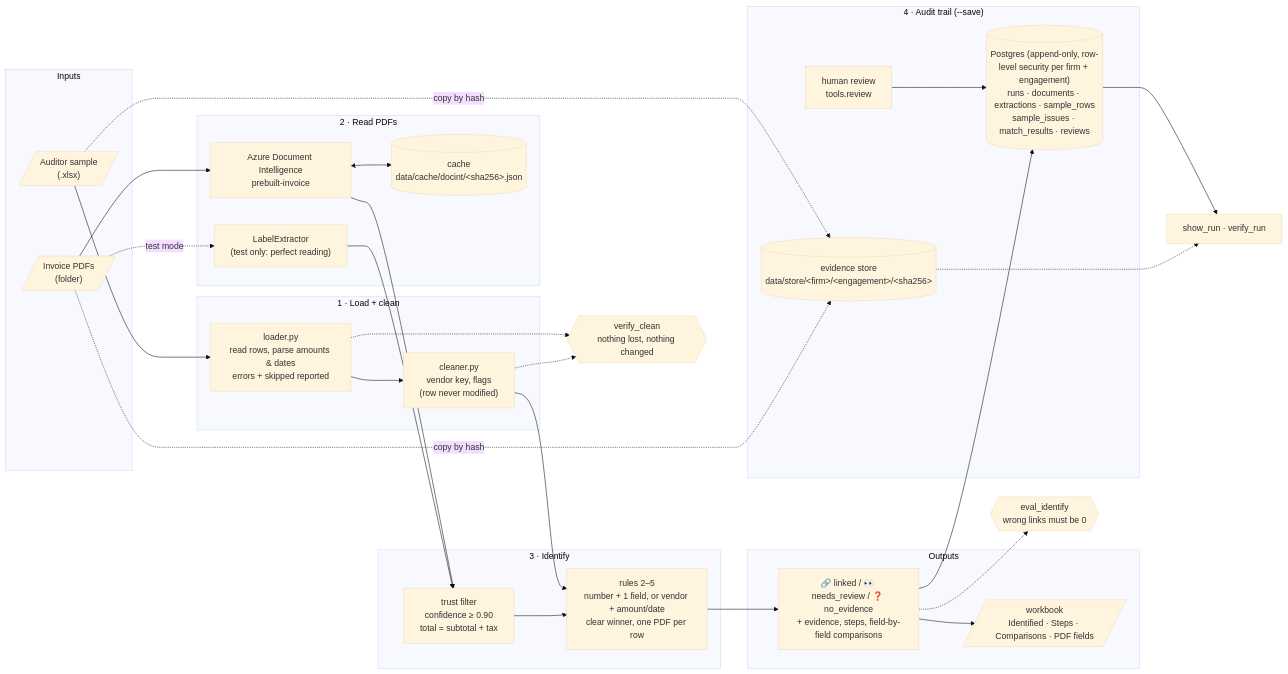
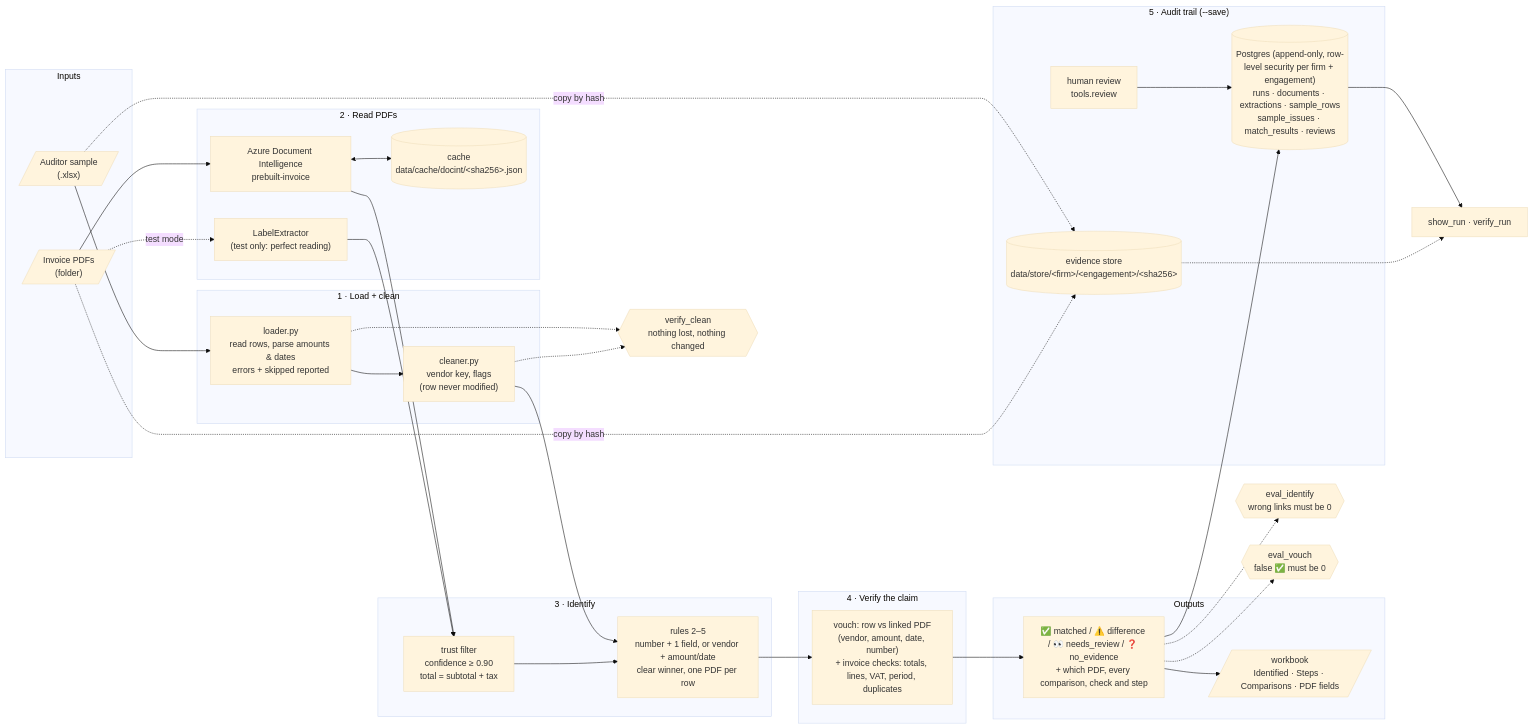
The diagram in tickmark/docs/PROGRESS.md (musishere/Warden-tickmark), drawn with Mermaid (base theme) before and after one commit. The commit also changed other lines of this file and 28 other files, not shown here.

First line of the commit message:
feat: add verdicts table and vouch functionality for invoice verification

````diff
--- a/tickmark/docs/PROGRESS.md
+++ b/tickmark/docs/PROGRESS.md
@@ -8,53 +8,59 @@
 ```mermaid
 flowchart LR
     subgraph IN["Inputs"]
         X[/"Auditor sample<br/>(.xlsx)"/]
         P[/"Invoice PDFs<br/>(folder)"/]
     end
 
     subgraph S1["1 · Load + clean"]
         L["loader.py<br/>read rows, parse amounts & dates<br/>errors + skipped reported"]
         C["cleaner.py<br/>vendor key, flags<br/>(row never modified)"]
     end
 
     subgraph S2["2 · Read PDFs"]
         A["Azure Document Intelligence<br/>prebuilt-invoice"]
         K[("cache<br/>data/cache/docint/&lt;sha256&gt;.json")]
         F["LabelExtractor<br/>(test only: perfect reading)"]
     end
 
     subgraph S3["3 · Identify"]
         T["trust filter<br/>confidence ≥ 0.90<br/>total = subtotal + tax"]
         M["rules 2–5<br/>number + 1 field, or vendor + amount/date<br/>clear winner, one PDF per row"]
     end
 
+    subgraph S5["4 · Verify the claim"]
+        Q["vouch: row vs linked PDF<br/>(vendor, amount, date, number)<br/>+ invoice checks: totals, lines, VAT, period, duplicates"]
+    end
+
     subgraph OUT["Outputs"]
-        R["🔗 linked / 👀 needs_review / ❓ no_evidence<br/>+ evidence, steps, field-by-field comparisons"]
+        R["✅ matched / ⚠️ difference / 👀 needs_review / ❓ no_evidence<br/>+ which PDF, every comparison, check and step"]
         W[/"workbook<br/>Identified · Steps · Comparisons · PDF fields"/]
     end
 
-    subgraph S4["4 · Audit trail (--save)"]
+    subgraph S4["5 · Audit trail (--save)"]
         DB[("Postgres (append-only, row-level security per firm + engagement)<br/>runs · documents · extractions · sample_rows<br/>sample_issues · match_results · reviews")]
         ES[("evidence store<br/>data/store/&lt;firm&gt;/&lt;engagement&gt;/&lt;sha256&gt;")]
         H["human review<br/>tools.review"]
     end
 
     X --> L --> C --> M
     P --> A <--> K
     P -. test mode .-> F
     A --> T
     F --> T
-    T --> M --> R --> W
+    T --> M --> Q --> R --> W
     R --> DB
     X -. copy by hash .-> ES
     P -. copy by hash .-> ES
     H --> DB
     DB --> SR["show_run · verify_run"]
     ES -.-> SR
 
     V{{"verify_clean<br/>nothing lost, nothing changed"}}
     E{{"eval_identify<br/>wrong links must be 0"}}
+    EV{{"eval_vouch<br/>false ✅ must be 0"}}
     L -.-> V
     C -.-> V
     R -.-> E
+    R -.-> EV
 ```
````
